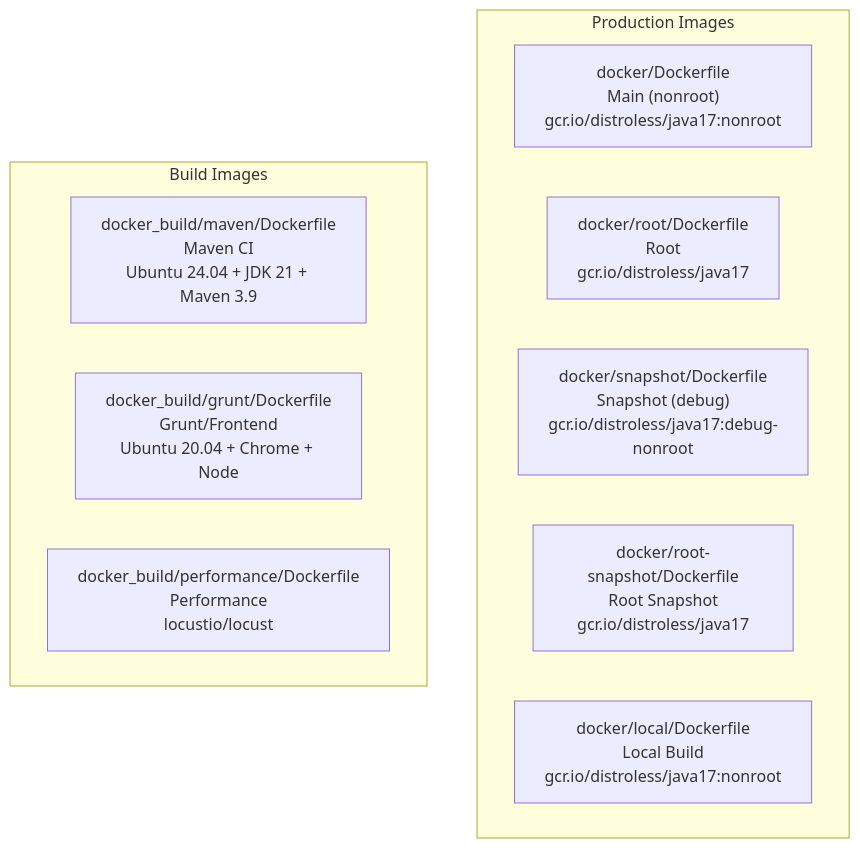
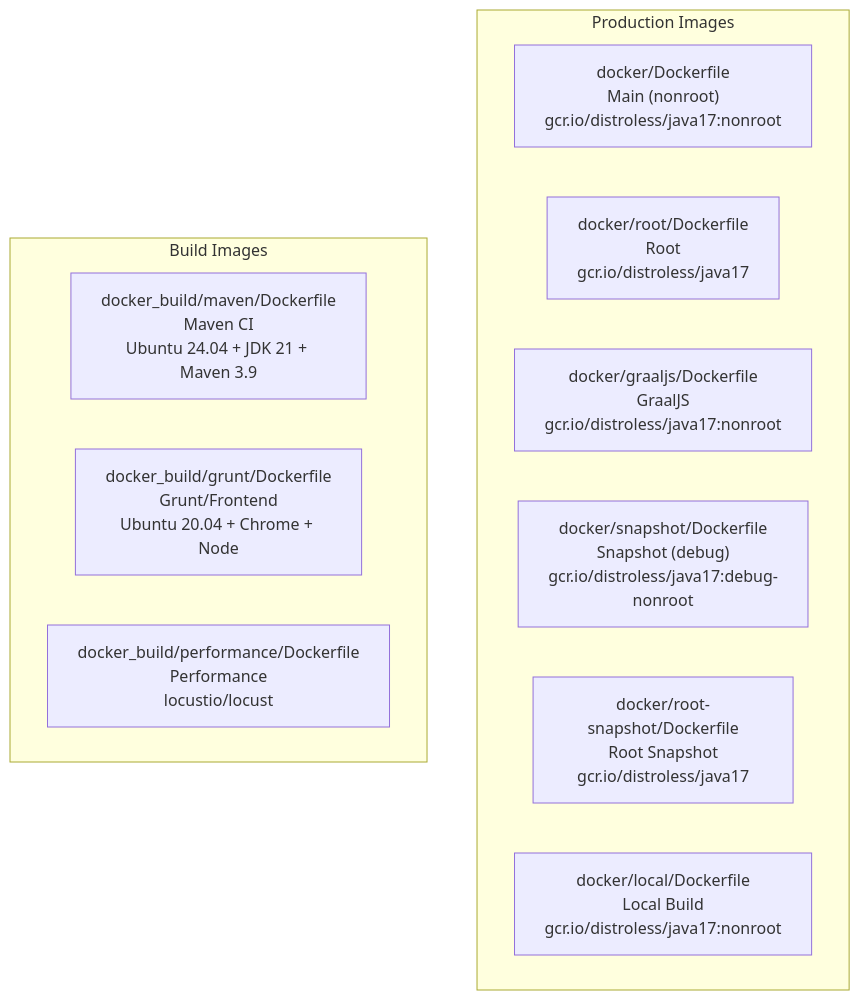
Before and after one commit to mock-server/mockserver: the first of 3 diagrams in docs/infrastructure/docker.md, drawn with Mermaid. The commit also changed other lines of this file and 4 other files, not shown here.

````diff
--- a/docs/infrastructure/docker.md
+++ b/docs/infrastructure/docker.md
@@ -7,32 +7,35 @@
 ```mermaid
 graph TB
     subgraph "Production Images"
         MAIN["docker/Dockerfile
 Main (nonroot)
 gcr.io/distroless/java17:nonroot"]
         ROOT["docker/root/Dockerfile
 Root
 gcr.io/distroless/java17"]
+        GRAAL["docker/graaljs/Dockerfile
+GraalJS
+gcr.io/distroless/java17:nonroot"]
         SNAP["docker/snapshot/Dockerfile
 Snapshot (debug)
 gcr.io/distroless/java17:debug-nonroot"]
         RSNAP["docker/root-snapshot/Dockerfile
 Root Snapshot
 gcr.io/distroless/java17"]
         LOCAL["docker/local/Dockerfile
 Local Build
 gcr.io/distroless/java17:nonroot"]
     end
 
     subgraph "Build Images"
         MVN["docker_build/maven/Dockerfile
 Maven CI
 Ubuntu 24.04 + JDK 21 + Maven 3.9"]
         GRUNT["docker_build/grunt/Dockerfile
 Grunt/Frontend
 Ubuntu 20.04 + Chrome + Node"]
         PERF["docker_build/performance/Dockerfile
 Performance
 locustio/locust"]
     end
 ```
````
